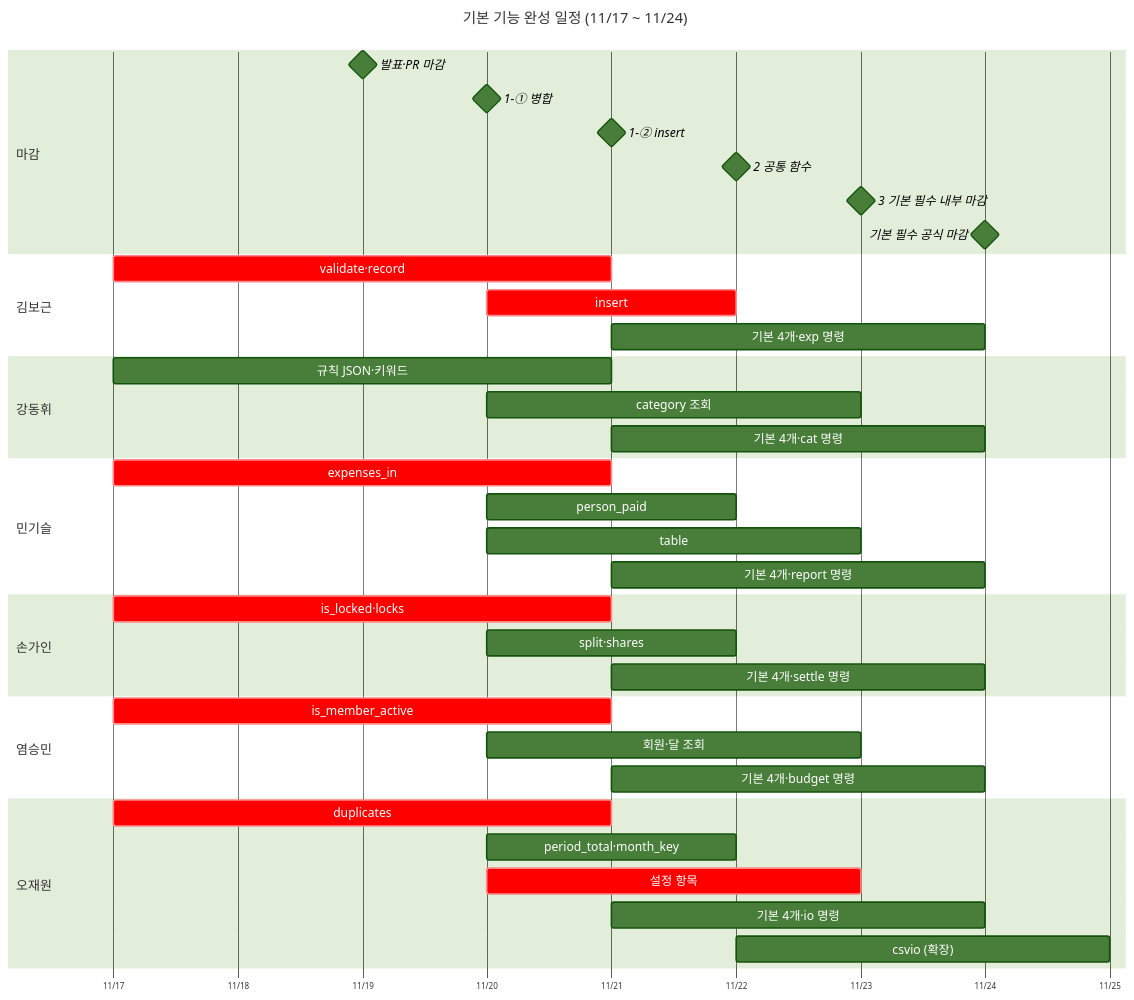
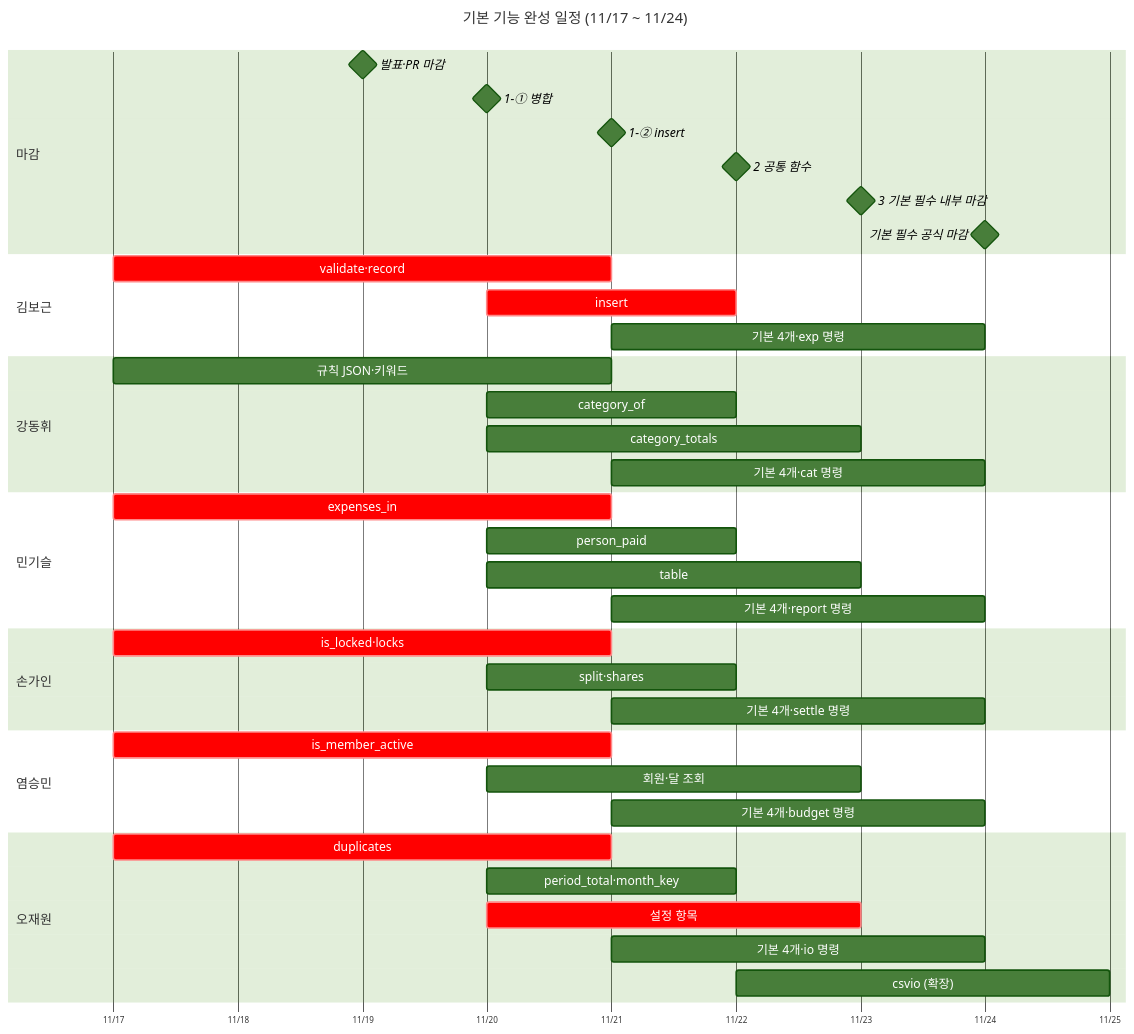
Before and after one commit to no-people/py_KKMOYS: the diagram in docs/역할분담_작업순서.md, drawn with Mermaid (forest theme). The commit also changed other lines of this file, not shown here.

Commit message:
docs: 앞당긴 공통 함수 병합 기한을 11/21 23:59로 정하고 category_of 추가

````diff
--- a/docs/역할분담_작업순서.md
+++ b/docs/역할분담_작업순서.md
@@ -102,49 +104,50 @@
 ```mermaid
 %%{init: {"gantt": {"useWidth": 1400, "barHeight": 32, "barGap": 10, "topPadding": 60, "leftPadding": 130, "rightPadding": 40, "gridLineStartPadding": 50, "fontSize": 15, "sectionFontSize": 16, "numberSectionStyles": 4}}}%%
 gantt
     title 기본 기능 완성 일정 (11/17 ~ 11/24)
     dateFormat YYYY-MM-DD
     axisFormat %m/%d
     tickInterval 1day
 
     section 마감
     발표·PR 마감        :milestone, m0, 2026-11-19, 0d
     1-① 병합            :milestone, m1, 2026-11-20, 0d
     1-② insert          :milestone, m2, 2026-11-21, 0d
     2 공통 함수          :milestone, m3, 2026-11-22, 0d
     3 기본 필수 내부 마감 :milestone, m4, 2026-11-23, 0d
     기본 필수 공식 마감   :milestone, m6, 2026-11-24, 0d
 
     section 김보근
     validate·record     :crit, b1, 2026-11-17, 4d
     insert              :crit, b2, 2026-11-20, 2d
     기본 4개·exp 명령    :b3, 2026-11-21, 3d
 
     section 강동휘
     규칙 JSON·키워드     :d1, 2026-11-17, 4d
-    category 조회        :d2, 2026-11-20, 3d
+    category_of         :d2, 2026-11-20, 2d
+    category_totals     :d4, 2026-11-20, 3d
     기본 4개·cat 명령    :d3, 2026-11-21, 3d
 
     section 민기슬
     expenses_in         :crit, g1, 2026-11-17, 4d
     person_paid         :g2, 2026-11-20, 2d
     table               :g4, 2026-11-20, 3d
     기본 4개·report 명령 :g3, 2026-11-21, 3d
 
     section 손가인
     is_locked·locks     :crit, s1, 2026-11-17, 4d
     split·shares        :s3, 2026-11-20, 2d
     기본 4개·settle 명령 :s4, 2026-11-21, 3d
 
     section 염승민
     is_member_active    :crit, y1, 2026-11-17, 4d
     회원·달 조회         :y3, 2026-11-20, 3d
     기본 4개·budget 명령 :y4, 2026-11-21, 3d
 
     section 오재원
     duplicates          :crit, o1, 2026-11-17, 4d
     period_total·month_key :o3, 2026-11-20, 2d
     설정 항목            :crit, o6, 2026-11-20, 3d
     기본 4개·io 명령     :o5, 2026-11-21, 3d
     csvio (확장)        :o4, 2026-11-22, 3d
 ```
````
